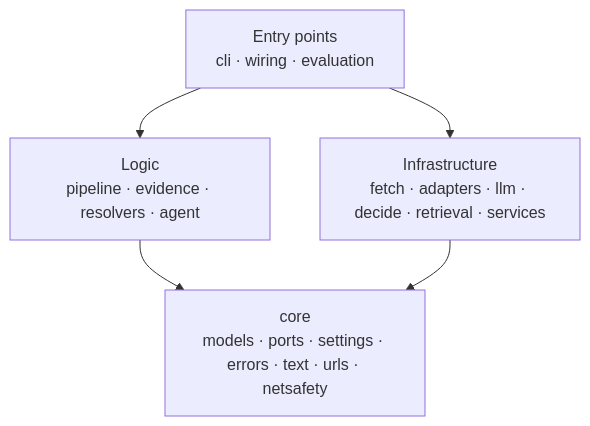
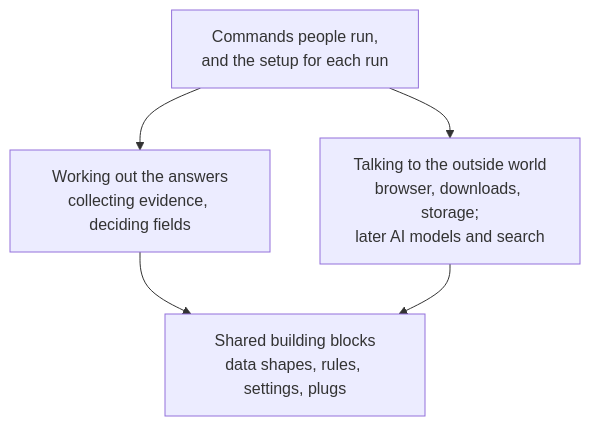
The second of 10 diagrams in docs/reviews/2026-10-12.md (haneeshraj/business-insights-v2), drawn with Mermaid before and after one commit. The commit also changed other lines of this file, not shown here.

Commit message:
docs: how answers are judged, and plainer diagrams in the progress review

````diff
--- a/docs/reviews/2026-10-12.md
+++ b/docs/reviews/2026-10-12.md
@@ -81,11 +82,11 @@
 ```mermaid
 flowchart TB
-  E["Entry points<br/>cli · wiring · evaluation"]
-  L["Logic<br/>pipeline · evidence · resolvers · agent"]
-  I["Infrastructure<br/>fetch · adapters · llm · decide · retrieval · services"]
-  C["core<br/>models · ports · settings · errors · text · urls · netsafety"]
+  E["Commands people run,<br/>and the setup for each run"]
+  L["Working out the answers<br/>collecting evidence, deciding fields"]
+  I["Talking to the outside world<br/>browser, downloads, storage;<br/>later AI models and search"]
+  C["Shared building blocks<br/>data shapes, rules, settings, plugs"]
   E --> L
   E --> I
   L --> C
   I --> C
 ```
````
